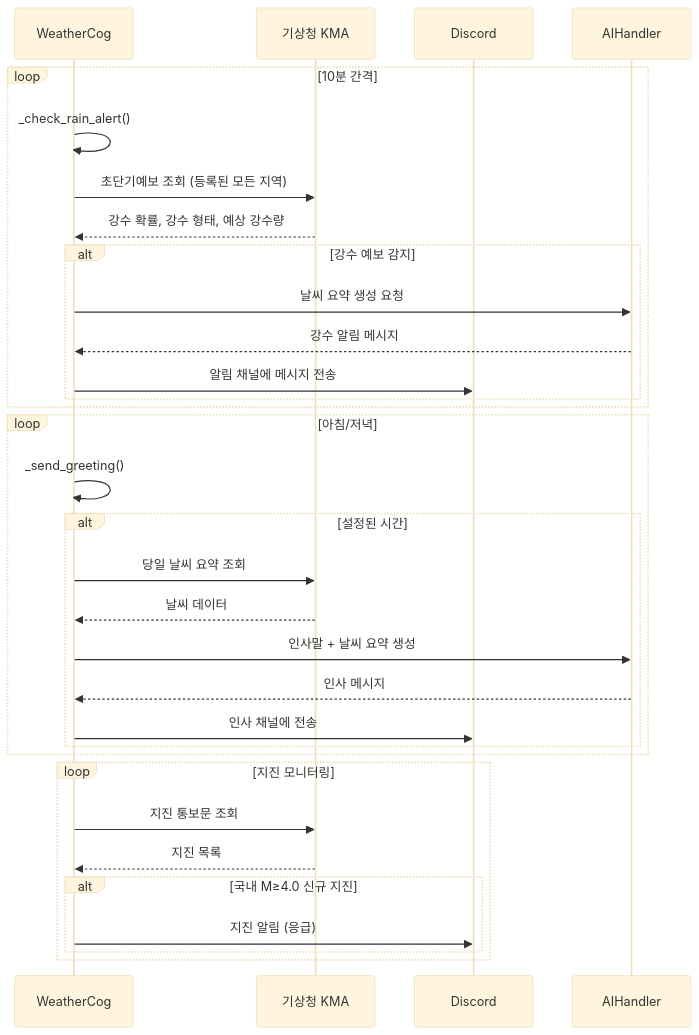
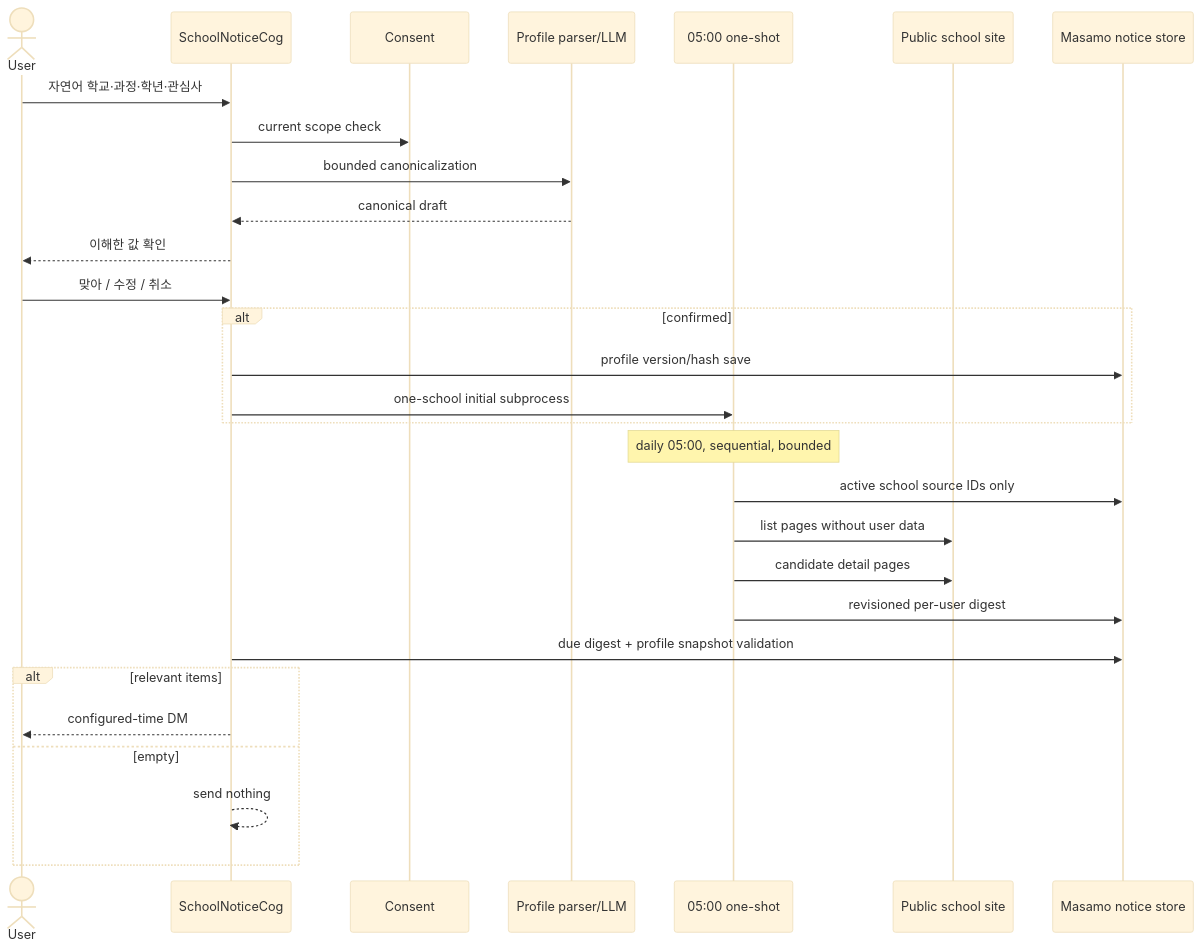
Before and after one commit to kim0040/masamong: the ninth of 11 diagrams in docs/UML_SPEC.ko.md, drawn with Mermaid (base theme). The commit also changed other lines of this file and 47 other files, not shown here.

````diff
--- a/docs/UML_SPEC.ko.md
+++ b/docs/UML_SPEC.ko.md
@@ -613,41 +304,32 @@
 ```mermaid
 sequenceDiagram
-    participant Cog as WeatherCog
-    participant KMA as 기상청 KMA
-    participant Discord as Discord
-    participant AI as AIHandler
+    actor User
+    participant Cog as SchoolNoticeCog
+    participant Consent
+    participant Router as Profile parser/LLM
+    participant Batch as 05:00 one-shot
+    participant Site as Public school site
+    participant Store as Masamo notice store
 
-    loop 10분 간격
-        Cog->>Cog: _check_rain_alert()
-
-        Cog->>KMA: 초단기예보 조회 (등록된 모든 지역)
-        KMA-->>Cog: 강수 확률, 강수 형태, 예상 강수량
-
-        alt 강수 예보 감지
-            Cog->>AI: 날씨 요약 생성 요청
-            AI-->>Cog: 강수 알림 메시지
-            Cog->>Discord: 알림 채널에 메시지 전송
-        end
+    User->>Cog: 자연어 학교·과정·학년·관심사
+    Cog->>Consent: current scope check
+    Cog->>Router: bounded canonicalization
+    Router-->>Cog: canonical draft
+    Cog-->>User: 이해한 값 확인
+    User->>Cog: 맞아 / 수정 / 취소
+    alt confirmed
+        Cog->>Store: profile version/hash save
+        Cog->>Batch: one-school initial subprocess
     end
-
-    loop 아침/저녁
-        Cog->>Cog: _send_greeting()
-
-        alt 설정된 시간
-            Cog->>KMA: 당일 날씨 요약 조회
-            KMA-->>Cog: 날씨 데이터
-            Cog->>AI: 인사말 + 날씨 요약 생성
-            AI-->>Cog: 인사 메시지
-            Cog->>Discord: 인사 채널에 전송
-        end
-    end
-
-    loop 지진 모니터링
-        Cog->>KMA: 지진 통보문 조회
-        KMA-->>Cog: 지진 목록
-
-        alt 국내 M≥4.0 신규 지진
-            Cog->>Discord: 지진 알림 (응급)
-        end
+    Note over Batch: daily 05:00, sequential, bounded
+    Batch->>Store: active school source IDs only
+    Batch->>Site: list pages without user data
+    Batch->>Site: candidate detail pages
+    Batch->>Store: revisioned per-user digest
+    Cog->>Store: due digest + profile snapshot validation
+    alt relevant items
+        Cog-->>User: configured-time DM
+    else empty
+        Cog-->>Cog: send nothing
     end
 ```
````
